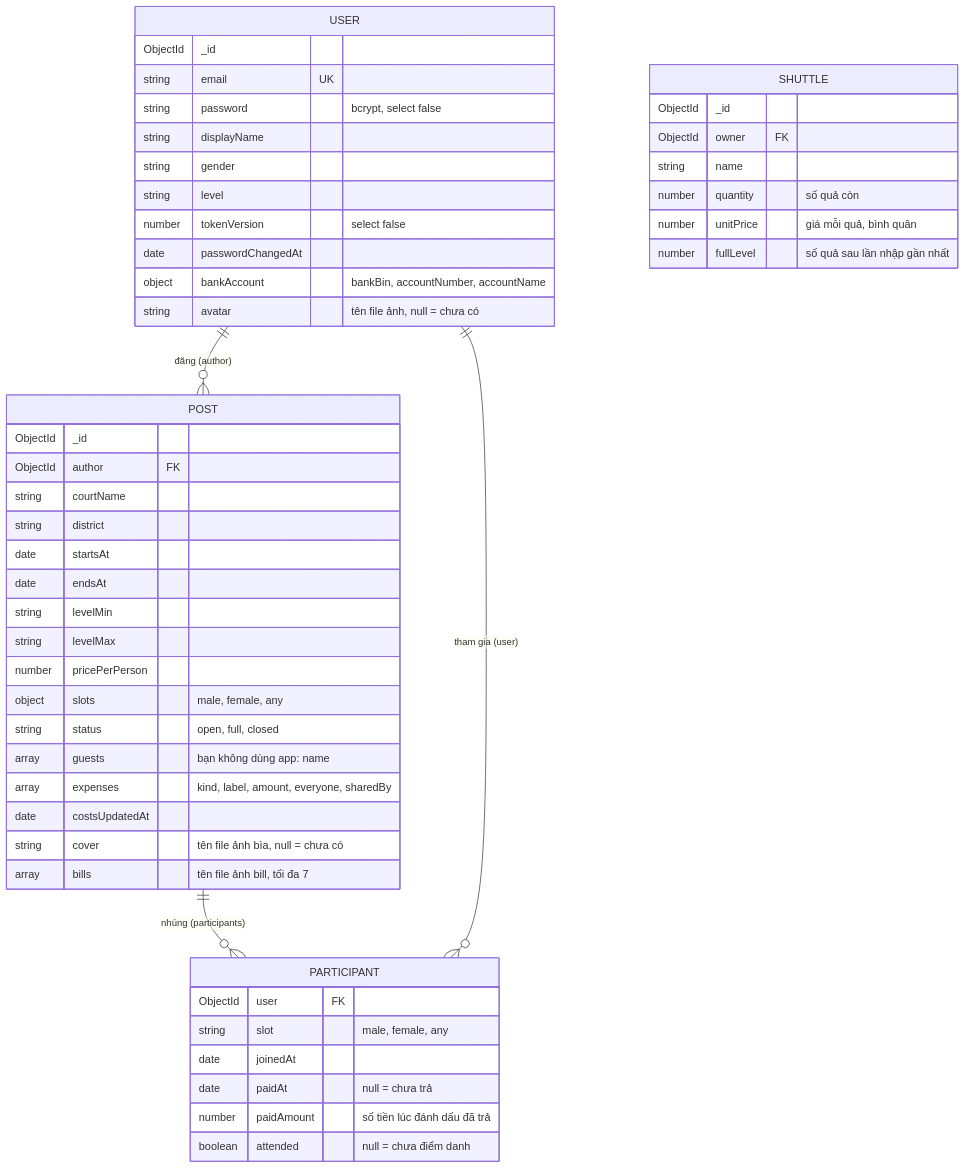
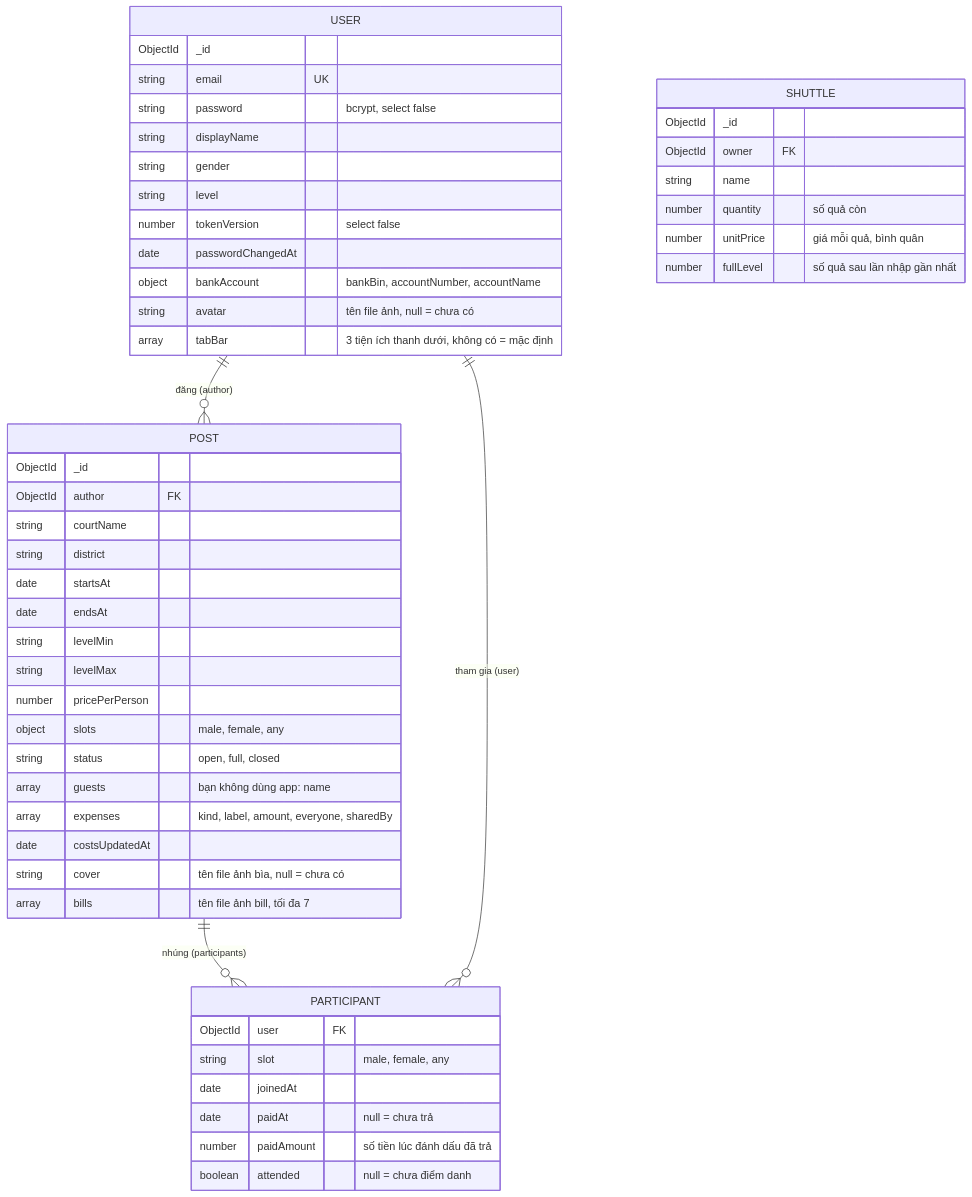
Before and after one commit to DucManh300905/Badminton-Matching: the diagram in docs/database.md, drawn with Mermaid. The commit also changed other lines of this file and 40 other files, not shown here.

Commit message:
feat: tab Tong quan chua moi tinh nang, nut tai khoan goc phai, Cai dat (ho so, mat khau, che do sang/toi, chon tien ich thanh duoi)

````diff
--- a/docs/database.md
+++ b/docs/database.md
@@ -21,53 +21,54 @@
 ```mermaid
 erDiagram
     USER ||--o{ POST : "đăng (author)"
     POST ||--o{ PARTICIPANT : "nhúng (participants)"
     USER ||--o{ PARTICIPANT : "tham gia (user)"
 
     USER {
         ObjectId _id
         string email UK
         string password "bcrypt, select false"
         string displayName
         string gender
         string level
         number tokenVersion "select false"
         date passwordChangedAt
         object bankAccount "bankBin, accountNumber, accountName"
         string avatar "tên file ảnh, null = chưa có"
+        array tabBar "3 tiện ích thanh dưới, không có = mặc định"
     }
     POST {
         ObjectId _id
         ObjectId author FK
         string courtName
         string district
         date startsAt
         date endsAt
         string levelMin
         string levelMax
         number pricePerPerson
         object slots "male, female, any"
         string status "open, full, closed"
         array guests "bạn không dùng app: name"
         array expenses "kind, label, amount, everyone, sharedBy"
         date costsUpdatedAt
         string cover "tên file ảnh bìa, null = chưa có"
         array bills "tên file ảnh bill, tối đa 7"
     }
     SHUTTLE {
         ObjectId _id
         ObjectId owner FK
         string name
         number quantity "số quả còn"
         number unitPrice "giá mỗi quả, bình quân"
         number fullLevel "số quả sau lần nhập gần nhất"
     }
     PARTICIPANT {
         ObjectId user FK
         string slot "male, female, any"
         date joinedAt
         date paidAt "null = chưa trả"
         number paidAmount "số tiền lúc đánh dấu đã trả"
         boolean attended "null = chưa điểm danh"
     }
 ```
````
